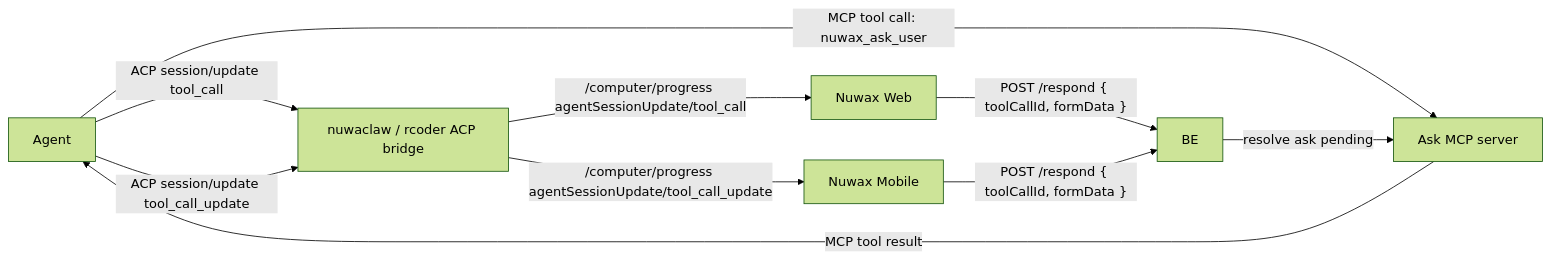
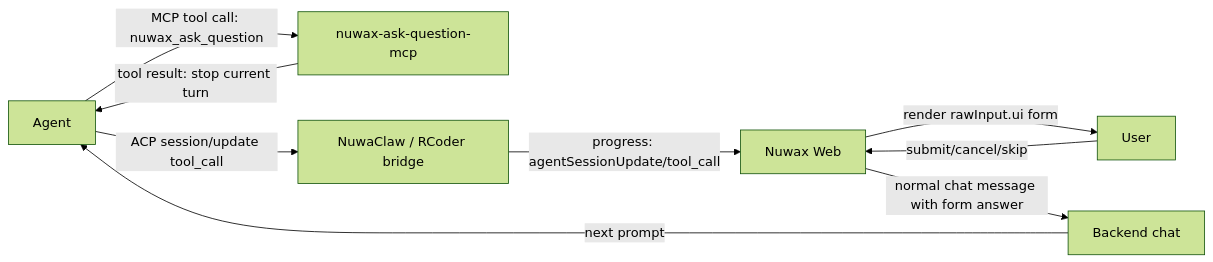
One commit to nuwax-ai/nuwaclaw changed the diagram in docs/mcp-ask-question-acp-toolcall-v1.md. Above: the diagram before and after it, drawn with Mermaid (forest theme). The commit also changed other lines of this file and 12 other files, not shown here.

````diff
--- a/docs/mcp-ask-question-acp-toolcall-v1.md
+++ b/docs/mcp-ask-question-acp-toolcall-v1.md
@@ -38,12 +32,11 @@
 ```mermaid
 flowchart LR
-  Agent -- "MCP tool call: nuwax_ask_user" --> MCP["Ask MCP server"]
-  Agent -- "ACP session/update tool_call" --> Host["nuwaclaw / rcoder ACP bridge"]
-  Agent -- "ACP session/update tool_call_update" --> Host
-  Host -- "/computer/progress agentSessionUpdate/tool_call" --> Web[Nuwax Web]
-  Host -- "/computer/progress agentSessionUpdate/tool_call_update" --> Mobile[Nuwax Mobile]
-  Web -- "POST /respond { toolCallId, formData }" --> BE
-  Mobile -- "POST /respond { toolCallId, formData }" --> BE
-  BE -- "resolve ask pending" --> MCP
-  MCP -- "MCP tool result" --> Agent
+  Agent["Agent"] -- "MCP tool call: nuwax_ask_question" --> MCP["nuwax-ask-question-mcp"]
+  MCP -- "tool result: stop current turn" --> Agent
+  Agent -- "ACP session/update tool_call" --> Host["NuwaClaw / RCoder bridge"]
+  Host -- "progress: agentSessionUpdate/tool_call" --> Web["Nuwax Web"]
+  Web -- "render rawInput.ui form" --> User["User"]
+  User -- "submit/cancel/skip" --> Web
+  Web -- "normal chat message with form answer" --> Backend["Backend chat"]
+  Backend -- "next prompt" --> Agent
 ```
````
